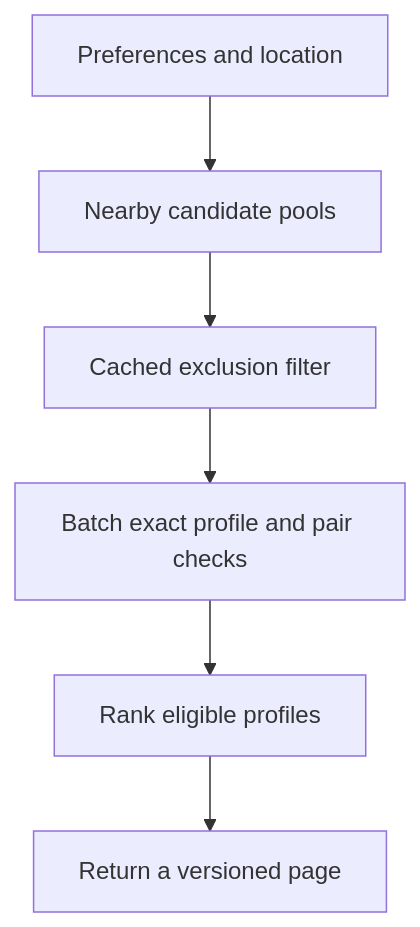
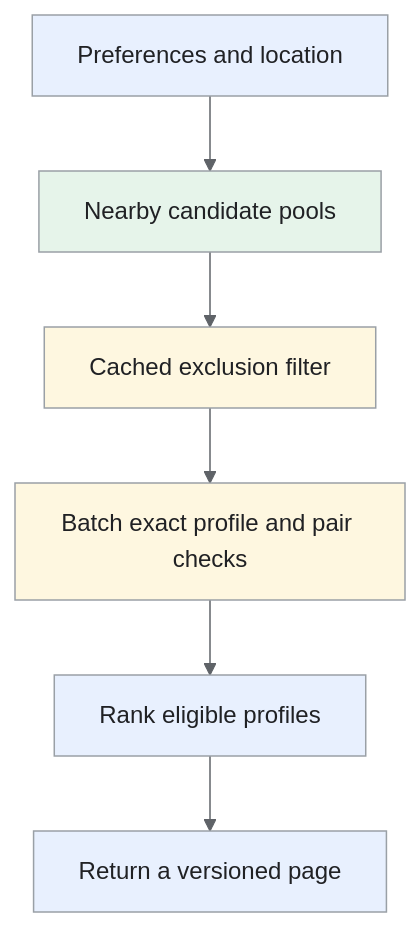
Before and after one commit to iliazlobin/iliazlobin.github.io: the third of 4 diagrams in _designs/system-design-tinder.md, drawn with Mermaid. The commit also changed other lines of this file and 25 other files, not shown here.

Commit message:
docs: explain Batch B design flows and tradeoffs

````diff
--- a/_designs/system-design-tinder.md
+++ b/_designs/system-design-tinder.md
@@ -185,8 +233,16 @@
 ```mermaid
+%%{init: {'theme':'base','themeVariables':{'primaryColor':'#e8f0fe','primaryTextColor':'#202124','primaryBorderColor':'#9aa0a6','lineColor':'#5f6368','secondaryColor':'#e6f4ea','tertiaryColor':'#fef7e0','actorBkg':'#e8f0fe','actorBorder':'#9aa0a6','actorTextColor':'#202124','noteBkgColor':'#fef7e0','noteTextColor':'#202124','noteBorderColor':'#9aa0a6','signalColor':'#5f6368','signalTextColor':'#202124','labelBoxBkgColor':'#fef7e0','labelBoxBorderColor':'#9aa0a6'}}}%%
 flowchart TB
   A[Preferences and location] --> B[Nearby candidate pools]
   B --> C[Cached exclusion filter]
   C --> D[Batch exact profile and pair checks]
   D --> E[Rank eligible profiles]
   E --> F[Return a versioned page]
+classDef request fill:#e8f0fe,stroke:#9aa0a6,color:#202124;
+classDef data fill:#e6f4ea,stroke:#9aa0a6,color:#202124;
+classDef control fill:#fef7e0,stroke:#9aa0a6,color:#202124;
+class A,E,F request;
+class B data;
+class C,D control;
+
 ```
````
